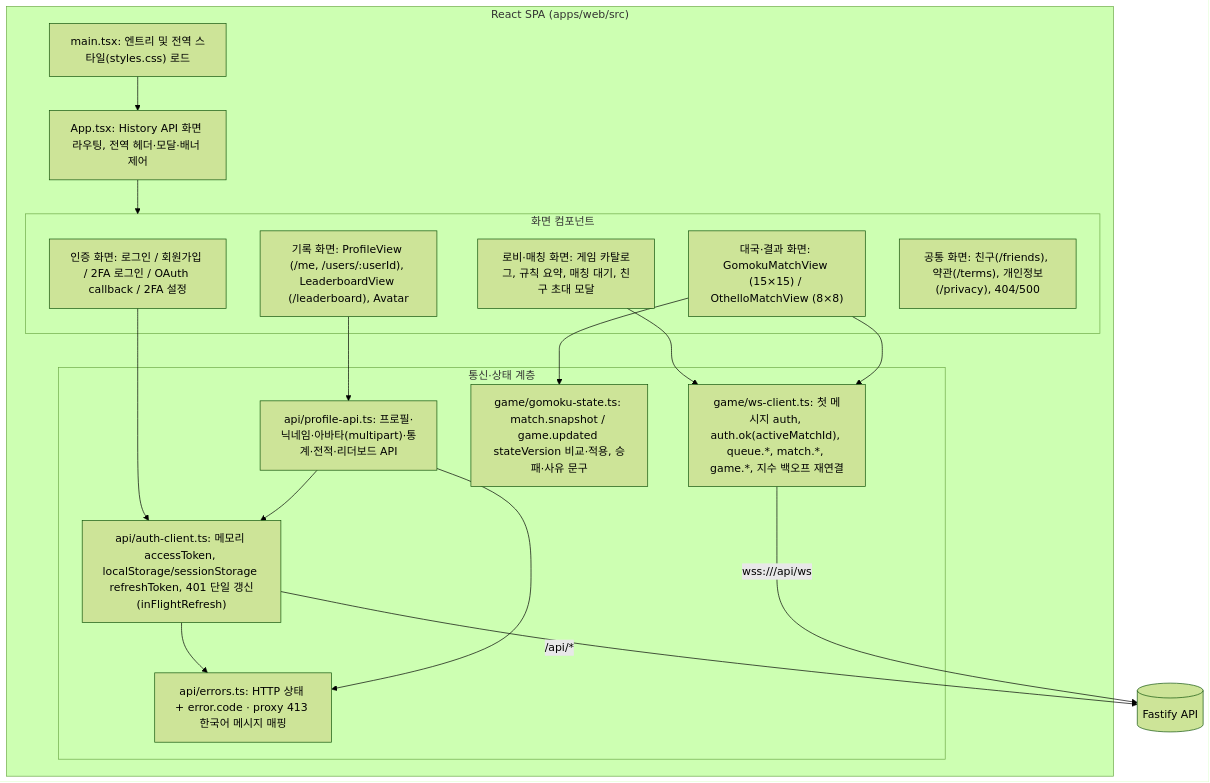
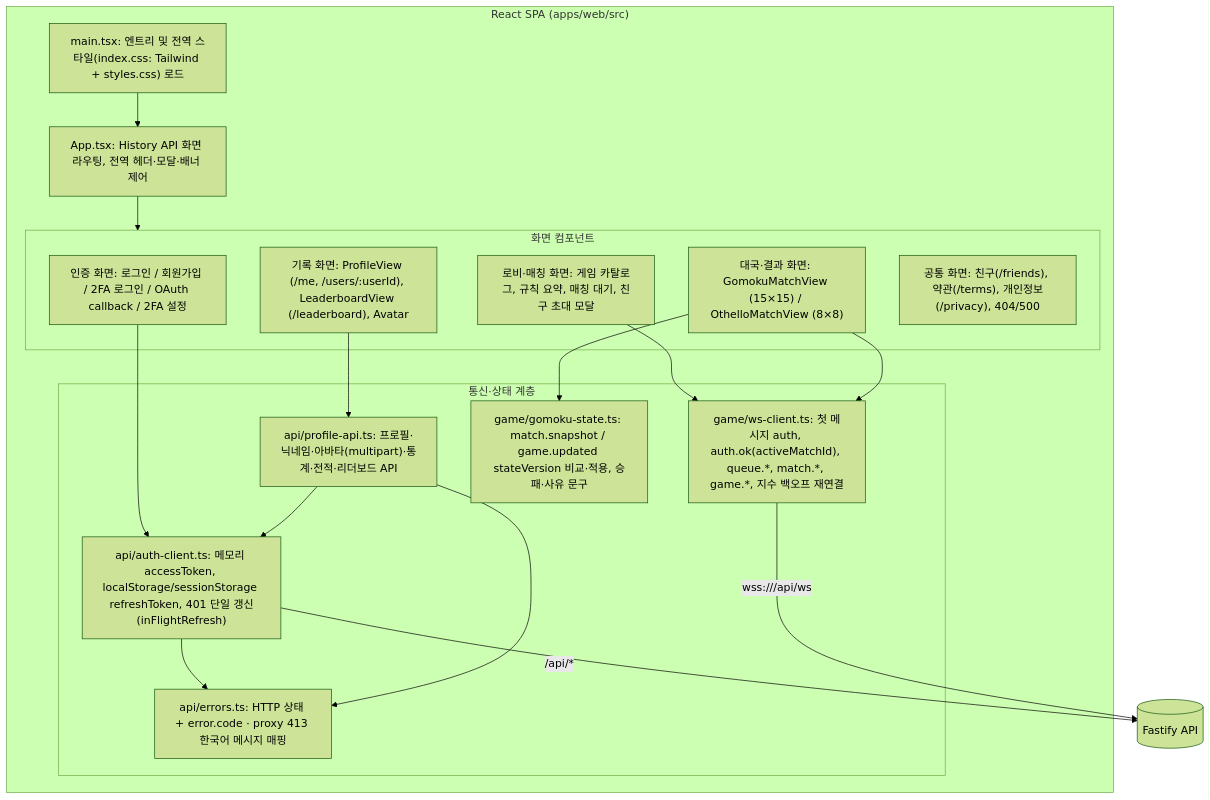
Before and after one commit to EscapeFromGyeongsan/ft_transcendence: the third of 53 diagrams in Document/SDS.md, drawn with Mermaid (forest theme). The commit also changed other lines of this file and 1 other file, not shown here.

Commit message:
docs: describe Tailwind CSS styling and actual design tokens

````diff
--- a/Document/SDS.md
+++ b/Document/SDS.md
@@ -241,32 +241,32 @@
 ```mermaid
 flowchart TD
     subgraph SPA["React SPA (apps/web/src)"]
-        Main["main.tsx: 엔트리 및 전역 스타일(styles.css) 로드"]
+        Main["main.tsx: 엔트리 및 전역 스타일(index.css: Tailwind + styles.css) 로드"]
         Router["App.tsx: History API 화면 라우팅, 전역 헤더·모달·배너 제어"]
         subgraph Views["화면 컴포넌트"]
             AuthViews["인증 화면: 로그인 / 회원가입 / 2FA 로그인 / OAuth callback / 2FA 설정"]
             LobbyView["로비·매칭 화면: 게임 카탈로그, 규칙 요약, 매칭 대기, 친구 초대 모달"]
             MatchView["대국·결과 화면: GomokuMatchView (15×15) / OthelloMatchView (8×8)"]
             ProfileViews["기록 화면: ProfileView (/me, /users/:userId), LeaderboardView (/leaderboard), Avatar"]
             StaticViews["공통 화면: 친구(/friends), 약관(/terms), 개인정보(/privacy), 404/500"]
         end
         subgraph Clients["통신·상태 계층"]
             AuthClient["api/auth-client.ts: 메모리 accessToken, localStorage/sessionStorage refreshToken, 401 단일 갱신(inFlightRefresh)"]
             ProfileApi["api/profile-api.ts: 프로필·닉네임·아바타(multipart)·통계·전적·리더보드 API"]
             ErrorMap["api/errors.ts: HTTP 상태 + error.code · proxy 413 한국어 메시지 매핑"]
             WsClient["game/ws-client.ts: 첫 메시지 auth, auth.ok(activeMatchId), queue.*, match.*, game.*, 지수 백오프 재연결"]
             GameState["game/gomoku-state.ts: match.snapshot / game.updated stateVersion 비교·적용, 승패·사유 문구"]
         end
     end
     Main --> Router --> Views
     AuthViews --> AuthClient
     LobbyView --> WsClient
     MatchView --> WsClient
     MatchView --> GameState
     ProfileViews --> ProfileApi
     ProfileApi --> AuthClient
     AuthClient --> ErrorMap
     ProfileApi --> ErrorMap
     AuthClient -->|"/api/*"| API[(Fastify API)]
     WsClient -->|"wss://<host>/api/ws"| API
 ```
````
